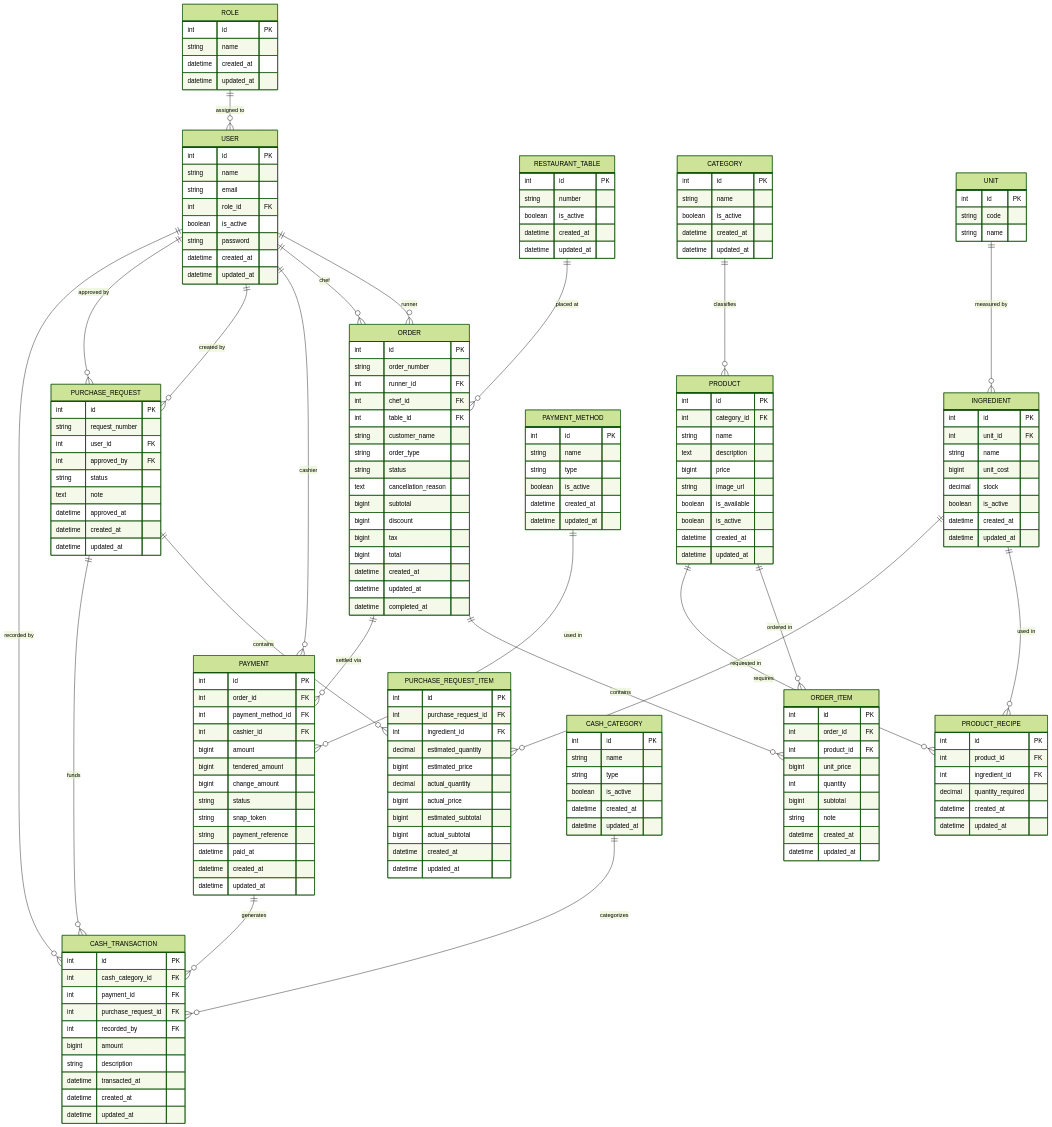
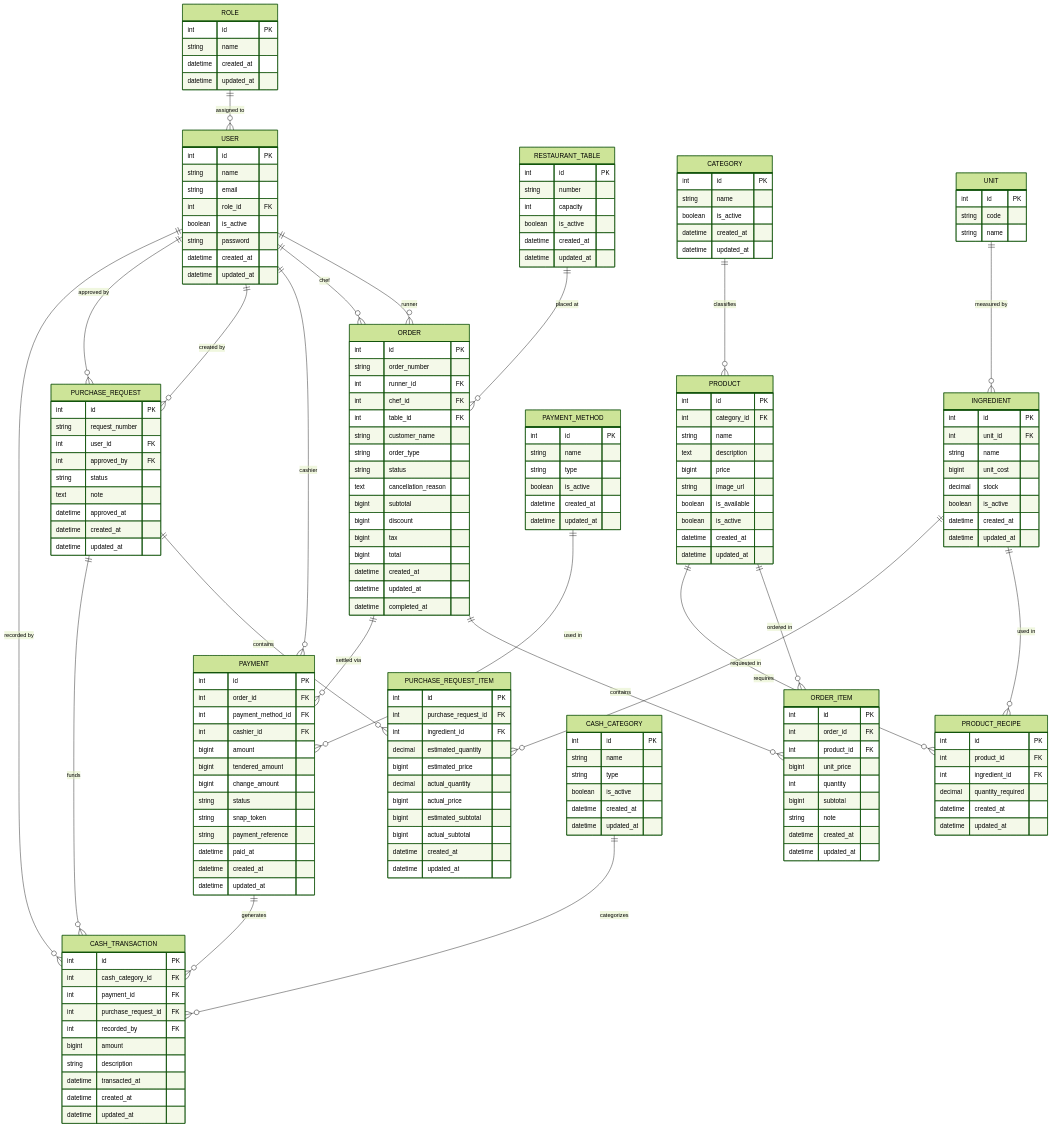
Before and after one commit to NCodeID/IPPL: the diagram in mermaid.md, drawn with Mermaid (forest theme). The commit also changed 5 other files, not shown here.

```diff
--- a/mermaid.md
+++ b/mermaid.md
@@ -117,6 +117,7 @@
     RESTAURANT_TABLE {
         int id PK
         string number
+        int capacity
         boolean is_active
         datetime created_at
         datetime updated_at
```
